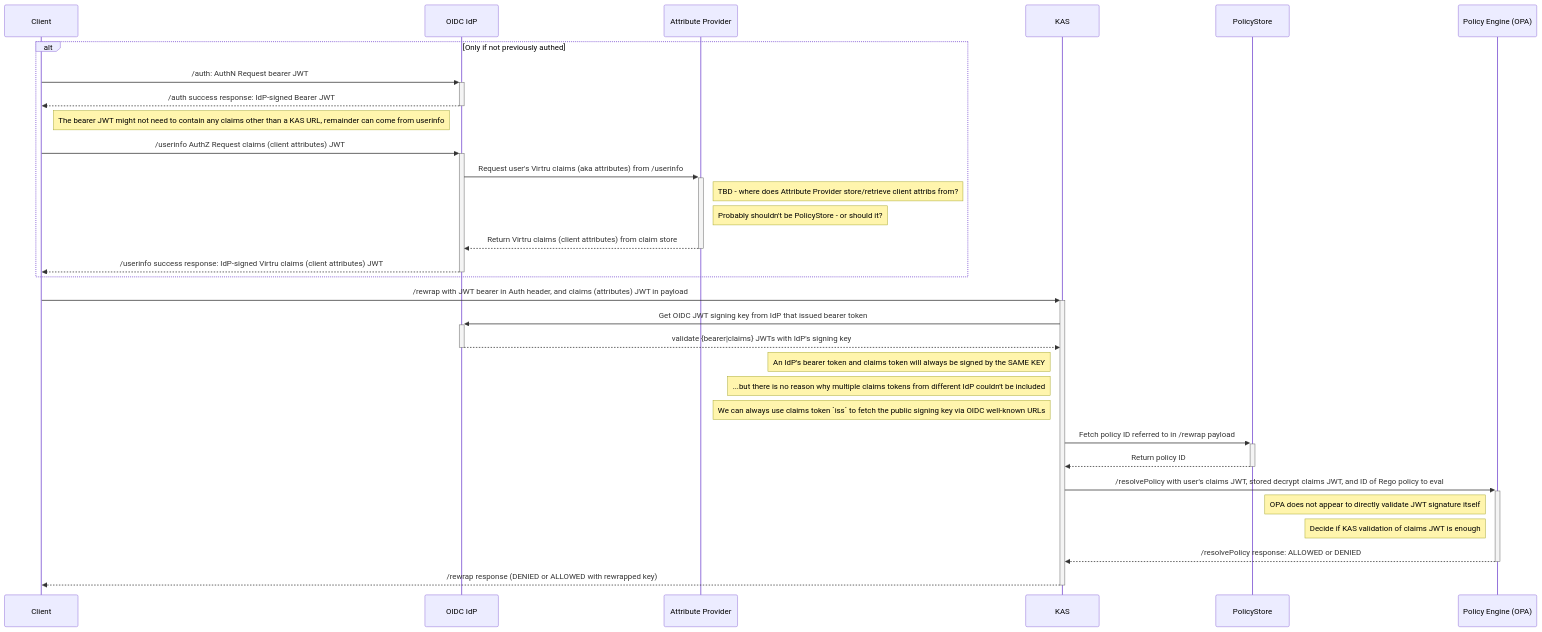
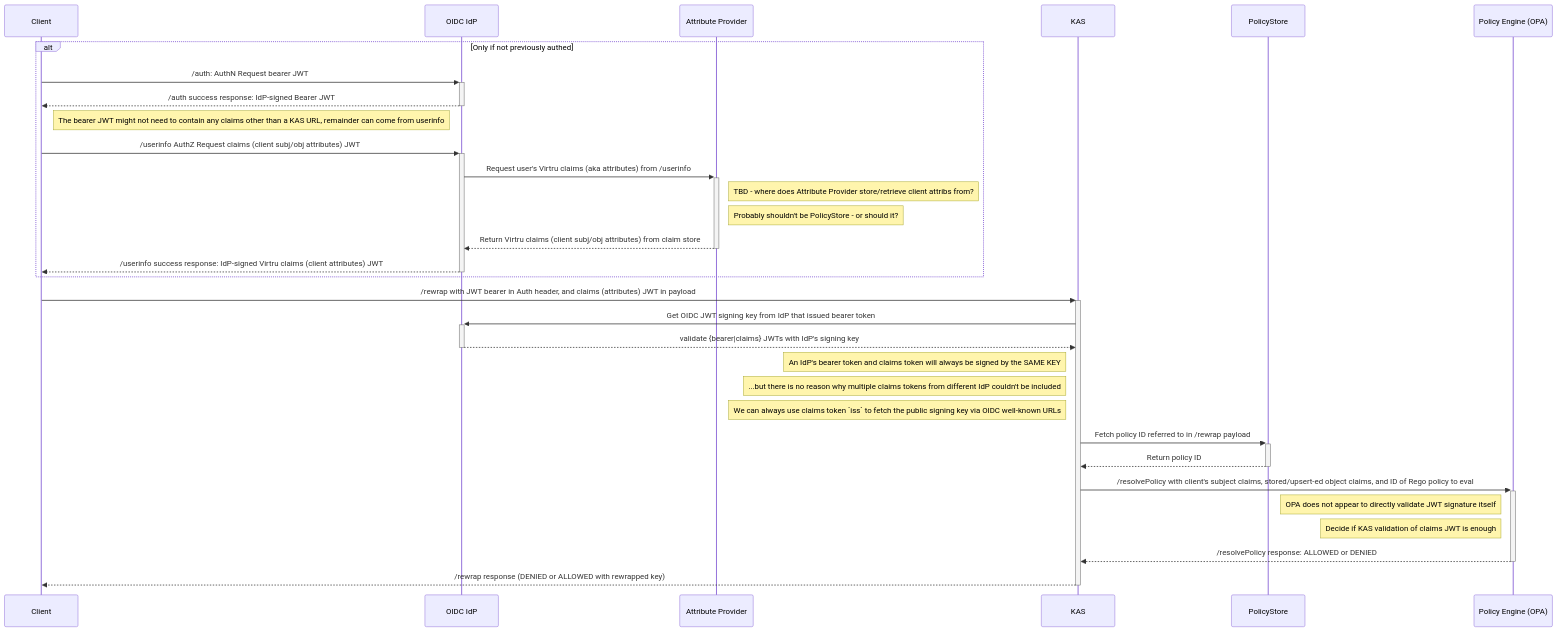
Before and after one commit to opentdf/spec: the diagram in diagrams/oidc-online-rewrap.mmd, drawn with Mermaid. The commit also changed 11 other files, not shown here.

Commit message:
Update diagrams

```diff
--- a/diagrams/oidc-online-rewrap.mmd
+++ b/diagrams/oidc-online-rewrap.mmd
@@ -1,36 +1,36 @@
 sequenceDiagram
 
     participant Client
     participant IdP as OIDC IdP
     participant Attribute Provider
     participant KAS
     participant PolicyStore
     participant OPA as Policy Engine (OPA)
 
 
     alt Only if not previously authed
         Client->>+IdP: /auth: AuthN Request bearer JWT
         IdP-->>-Client: /auth success response: IdP-signed Bearer JWT
         Note right of Client: The bearer JWT might not need to contain any claims other than a KAS URL, remainder can come from userinfo
 
-        Client->>+IdP: /userinfo AuthZ Request claims (client attributes) JWT
+        Client->>+IdP: /userinfo AuthZ Request claims (client subj/obj attributes) JWT
         IdP->>+Attribute Provider: Request user's Virtru claims (aka attributes) from /userinfo
         Note right of Attribute Provider: TBD - where does Attribute Provider store/retrieve client attribs from?
         Note right of Attribute Provider: Probably shouldn't be PolicyStore - or should it?
-        Attribute Provider-->>-IdP: Return Virtru claims (client attributes) from claim store
+        Attribute Provider-->>-IdP: Return Virtru claims (client subj/obj attributes) from claim store
         IdP-->>-Client: /userinfo success response: IdP-signed Virtru claims (client attributes) JWT
     end
     Client->>+KAS: /rewrap with JWT bearer in Auth header, and claims (attributes) JWT in payload
     KAS->>+IdP: Get OIDC JWT signing key from IdP that issued bearer token
     IdP-->>-KAS: validate {bearer|claims} JWTs with IdP's signing key
     Note left of KAS: An IdP's bearer token and claims token will always be signed by the SAME KEY
     Note left of KAS: ...but there is no reason why multiple claims tokens from different IdP couldn't be included
     Note left of KAS: We can always use claims token `iss` to fetch the public signing key via OIDC well-known URLs
     KAS->>+PolicyStore: Fetch policy ID referred to in /rewrap payload
     PolicyStore-->>-KAS: Return policy ID
-    KAS->>+OPA: /resolvePolicy with user's claims JWT, stored decrypt claims JWT, and ID of Rego policy to eval
+    KAS->>+OPA: /resolvePolicy with client's subject claims, stored/upsert-ed object claims, and ID of Rego policy to eval
     Note left of OPA: OPA does not appear to directly validate JWT signature itself
     Note left of OPA: Decide if KAS validation of claims JWT is enough
     OPA-->>-KAS: /resolvePolicy response: ALLOWED or DENIED
 
     KAS-->>-Client: /rewrap response (DENIED or ALLOWED with rewrapped key)
```
